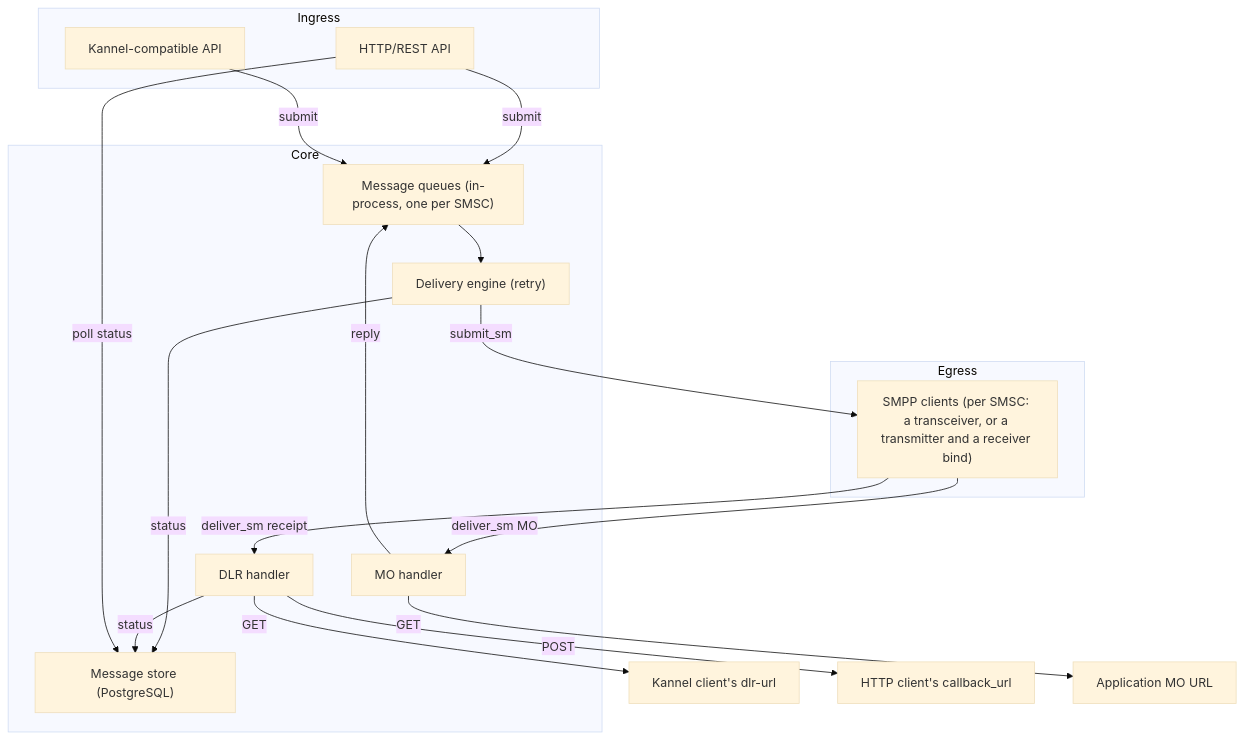
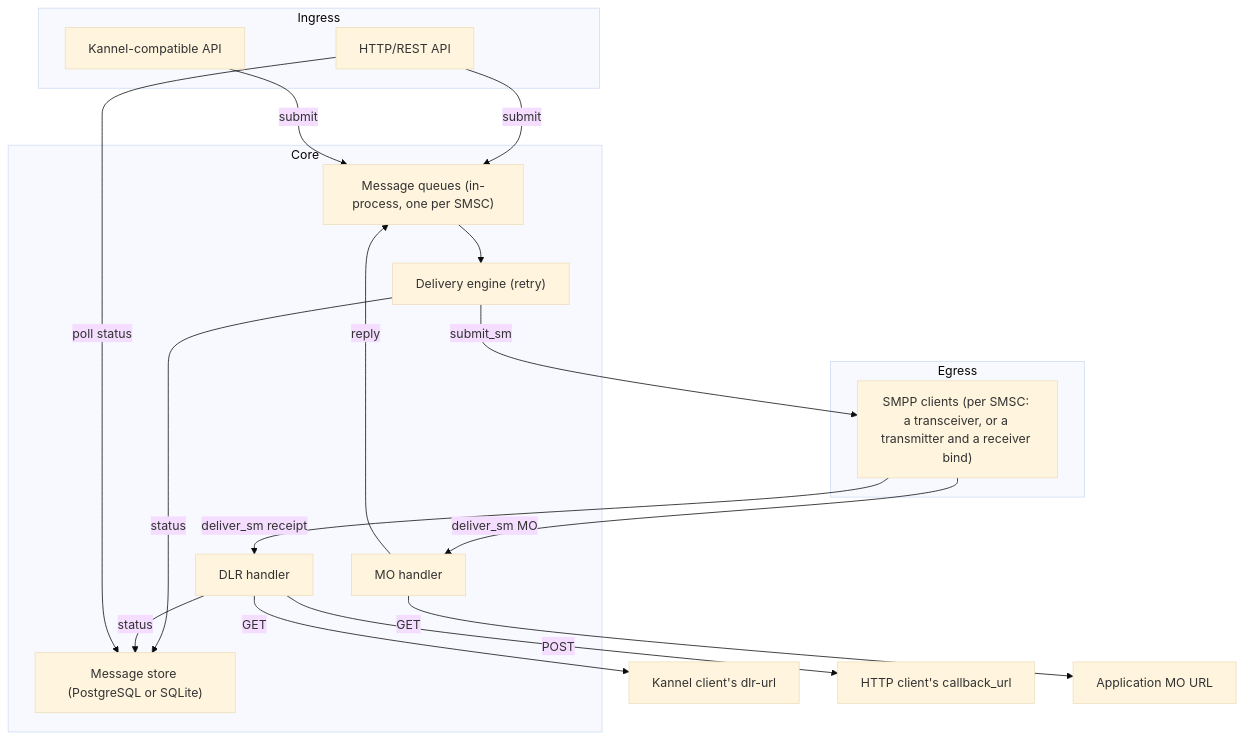
The diagram in docs/user-manual/introduction.adoc (codcod/porth), drawn with Mermaid (base theme) before and after one commit. The commit also changed other lines of this file and 26 other files, not shown here.

First line of the commit message:
feat(store): run on a SQLite file as well as PostgreSQL (POR-037)

```diff
--- a/docs/user-manual/introduction.adoc
+++ b/docs/user-manual/introduction.adoc
@@ -40,34 +42,34 @@
 [mermaid]
 ....
 flowchart TB
     subgraph Ingress
         HTTP_API["HTTP/REST API"]
         Kannel_API["Kannel-compatible API"]
     end
     subgraph Core
         Queue["Message queues (in-process, one per SMSC)"]
         Delivery["Delivery engine (retry)"]
-        Store["Message store (PostgreSQL)"]
+        Store["Message store (PostgreSQL or SQLite)"]
         DLR["DLR handler"]
         MO["MO handler"]
     end
     subgraph Egress
         SMPP_Client["SMPP clients (per SMSC: a transceiver, or a transmitter and a receiver bind)"]
     end
     KannelTarget["Kannel client's dlr-url"]
     RestTarget["HTTP client's callback_url"]
     Application["Application MO URL"]
     HTTP_API -->|submit| Queue
     Kannel_API -->|submit| Queue
     Queue --> Delivery
     Delivery -->|submit_sm| SMPP_Client
     Delivery -->|status| Store
     SMPP_Client -->|deliver_sm receipt| DLR
     DLR -->|status| Store
     DLR -->|GET| KannelTarget
     DLR -->|POST| RestTarget
     SMPP_Client -->|deliver_sm MO| MO
     MO -->|GET| Application
     MO -->|reply| Queue
     HTTP_API -->|poll status| Store
 ....
```
